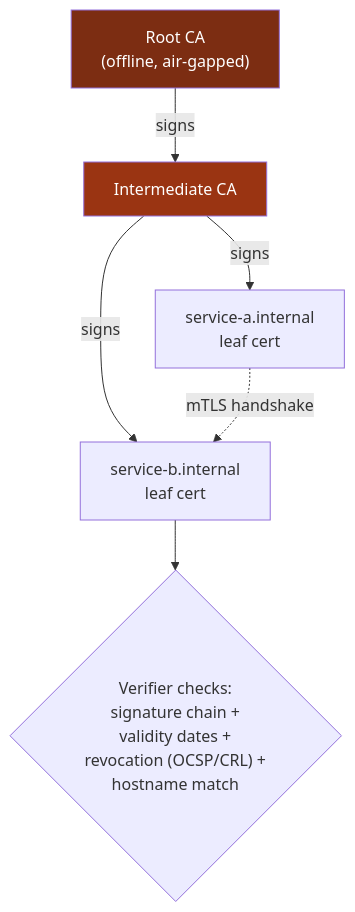
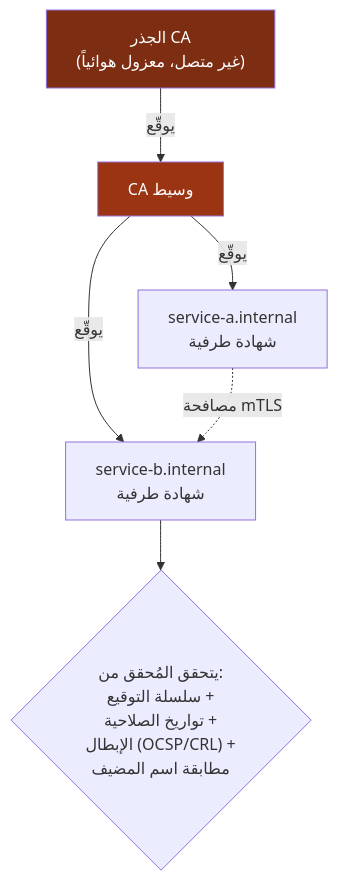
One commit to ibra-kdbra/banije changed the sixth of 8 diagrams in src/content/translate/ar/identity-and-access-in-depth.md. Above: the diagram before and after it, drawn with Mermaid. The commit also changed other lines of this file and 33 other files, not shown here.

````diff
--- a/src/content/translate/ar/identity-and-access-in-depth.md
+++ b/src/content/translate/ar/identity-and-access-in-depth.md
@@ -291,11 +291,11 @@
 ```mermaid
 graph TD
-    RootCA["Root CA<br/>(offline, air-gapped)"] -->|signs| IntCA["Intermediate CA"]
-    IntCA -->|signs| Leaf1["service-a.internal<br/>leaf cert"]
-    IntCA -->|signs| Leaf2["service-b.internal<br/>leaf cert"]
-    Leaf1 -.->|mTLS handshake| Leaf2
-    Verify{"Verifier checks:<br/>signature chain +<br/>validity dates +<br/>revocation (OCSP/CRL) +<br/>hostname match"}
+    RootCA["الجذر CA<br/>(غير متصل، معزول هوائياً)"] -->|يوقّع| IntCA["CA وسيط"]
+    IntCA -->|يوقّع| Leaf1["service-a.internal<br/>شهادة طرفية"]
+    IntCA -->|يوقّع| Leaf2["service-b.internal<br/>شهادة طرفية"]
+    Leaf1 -.->|مصافحة mTLS| Leaf2
+    Verify{"يتحقق المُحقق من:<br/>سلسلة التوقيع +<br/>تواريخ الصلاحية +<br/>الإبطال (OCSP/CRL) +<br/>مطابقة اسم المضيف"}
     Leaf2 --> Verify
     style RootCA fill:#7c2d12,color:#fff
     style IntCA fill:#9a3412,color:#fff
 ```
````
